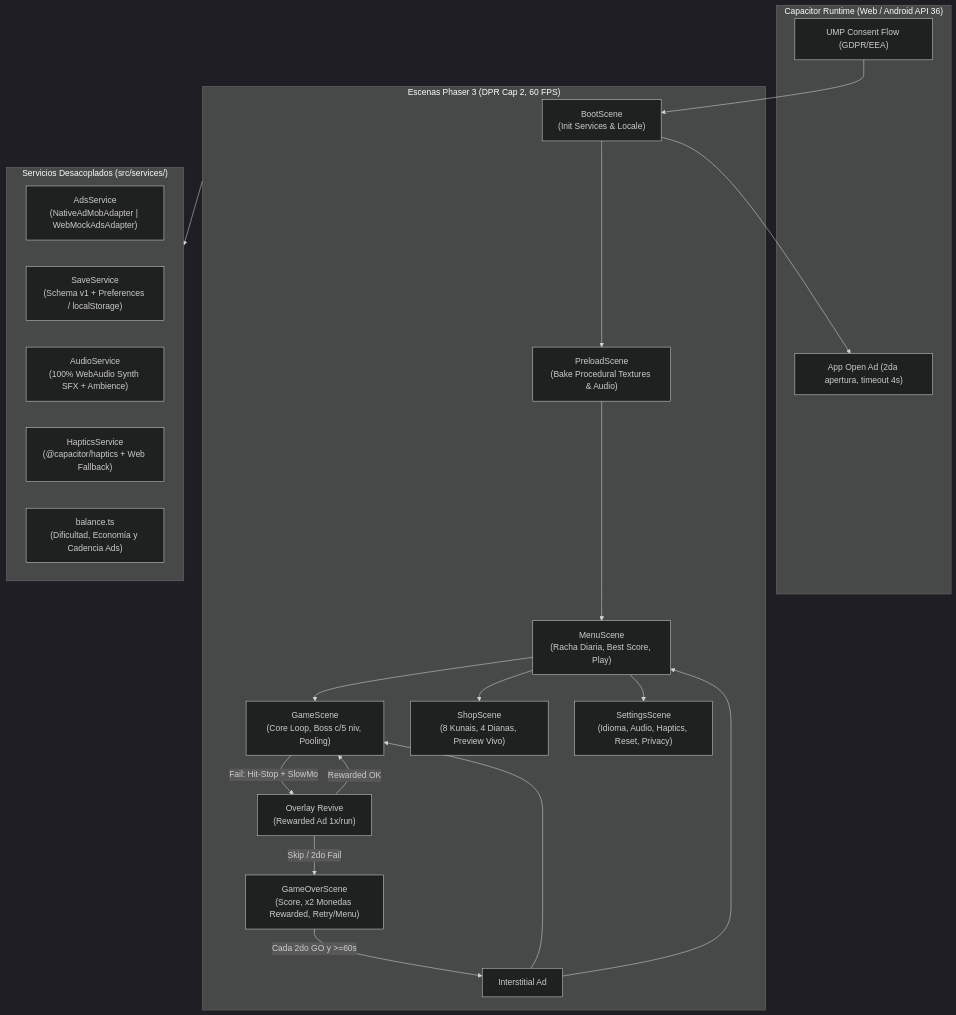
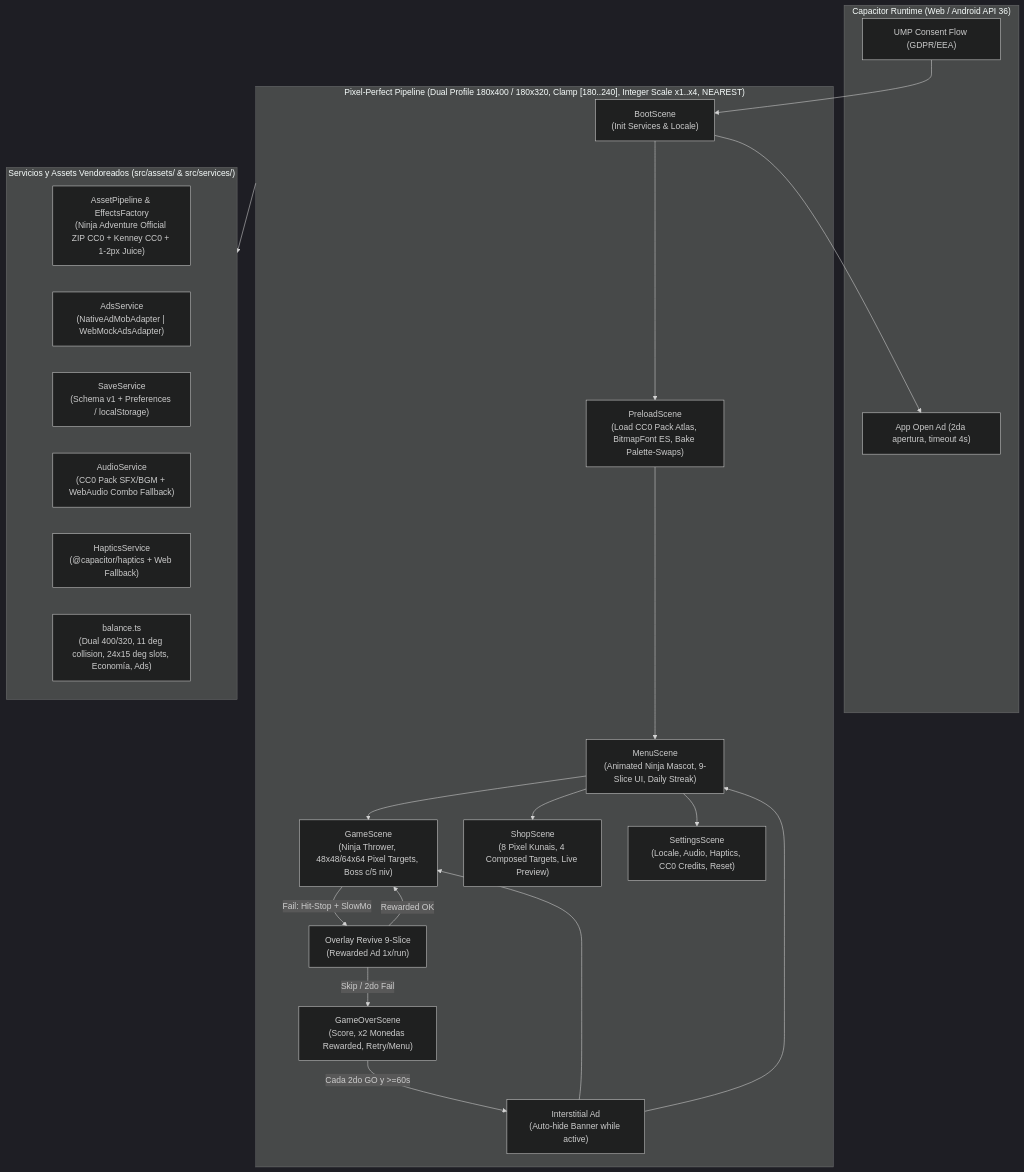
The diagram in implementation_plan.md (afonseca7/KUNAI-RUSH), drawn with Mermaid (dark theme) before and after one commit. The commit also changed other lines of this file, not shown here.

Commit message:
docs(plan): apply pixel-art, viewport, slots, app-ads.txt and dual-profile amendments

````diff
--- a/implementation_plan.md
+++ b/implementation_plan.md
@@ -98,33 +143,34 @@
 ```mermaid
 flowchart TD
     subgraph Capacitor_Runtime["Capacitor Runtime (Web / Android API 36)"]
         UMP["UMP Consent Flow (GDPR/EEA)"]
         AppOpen["App Open Ad (2da apertura, timeout 4s)"]
     end
 
-    subgraph Phaser_Scenes["Escenas Phaser 3 (DPR Cap 2, 60 FPS)"]
-        Boot["BootScene\n(Init Services & Locale)"] --> Preload["PreloadScene\n(Bake Procedural Textures & Audio)"]
-        Preload --> Menu["MenuScene\n(Racha Diaria, Best Score, Play)"]
-        Menu --> Game["GameScene\n(Core Loop, Boss c/5 niv, Pooling)"]
-        Menu --> Shop["ShopScene\n(8 Kunais, 4 Dianas, Preview Vivo)"]
-        Menu --> Settings["SettingsScene\n(Idioma, Audio, Haptics, Reset, Privacy)"]
-        Game -->|Fail: Hit-Stop + SlowMo| ReviveModal["Overlay Revive\n(Rewarded Ad 1x/run)"]
+    subgraph Pixel_Pipeline["Pixel-Perfect Pipeline (Dual Profile 180x400 / 180x320, Clamp [180..240], Integer Scale x1..x4, NEAREST)"]
+        Boot["BootScene\n(Init Services & Locale)"] --> Preload["PreloadScene\n(Load CC0 Pack Atlas, BitmapFont ES, Bake Palette-Swaps)"]
+        Preload --> Menu["MenuScene\n(Animated Ninja Mascot, 9-Slice UI, Daily Streak)"]
+        Menu --> Game["GameScene\n(Ninja Thrower, 48x48/64x64 Pixel Targets, Boss c/5 niv)"]
+        Menu --> Shop["ShopScene\n(8 Pixel Kunais, 4 Composed Targets, Live Preview)"]
+        Menu --> Settings["SettingsScene\n(Locale, Audio, Haptics, CC0 Credits, Reset)"]
+        Game -->|Fail: Hit-Stop + SlowMo| ReviveModal["Overlay Revive 9-Slice\n(Rewarded Ad 1x/run)"]
         ReviveModal -->|Rewarded OK| Game
         ReviveModal -->|Skip / 2do Fail| GameOver["GameOverScene\n(Score, x2 Monedas Rewarded, Retry/Menu)"]
-        GameOver -->|Cada 2do GO y >=60s| Interstitial["Interstitial Ad"]
+        GameOver -->|Cada 2do GO y >=60s| Interstitial["Interstitial Ad\n(Auto-hide Banner while active)"]
         Interstitial --> Game
         Interstitial --> Menu
     end
 
-    subgraph Core_Services["Servicios Desacoplados (src/services/)"]
+    subgraph Core_Services["Servicios y Assets Vendoreados (src/assets/ & src/services/)"]
+        Assets["AssetPipeline & EffectsFactory\n(Ninja Adventure Official ZIP CC0 + Kenney CC0 + 1-2px Juice)"]
         Ads["AdsService\n(NativeAdMobAdapter | WebMockAdsAdapter)"]
         Save["SaveService\n(Schema v1 + Preferences / localStorage)"]
-        Audio["AudioService\n(100% WebAudio Synth SFX + Ambience)"]
+        Audio["AudioService\n(CC0 Pack SFX/BGM + WebAudio Combo Fallback)"]
         Haptics["HapticsService\n(@capacitor/haptics + Web Fallback)"]
-        Balance["balance.ts\n(Dificultad, Economía y Cadencia Ads)"]
+        Balance["balance.ts\n(Dual 400/320, 11 deg collision, 24x15 deg slots, Economía, Ads)"]
     end
 
     UMP --> Boot
     Boot --> AppOpen
-    Phaser_Scenes --> Core_Services
+    Pixel_Pipeline --> Core_Services
 ```
````
